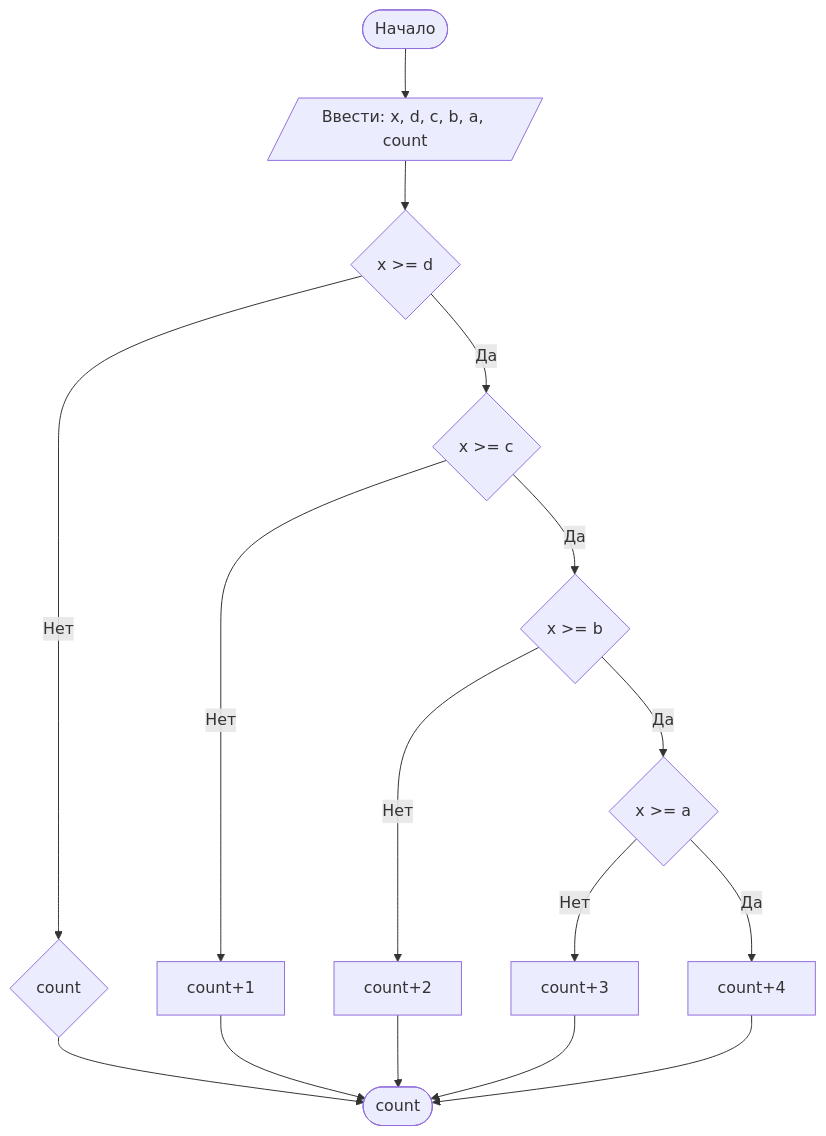
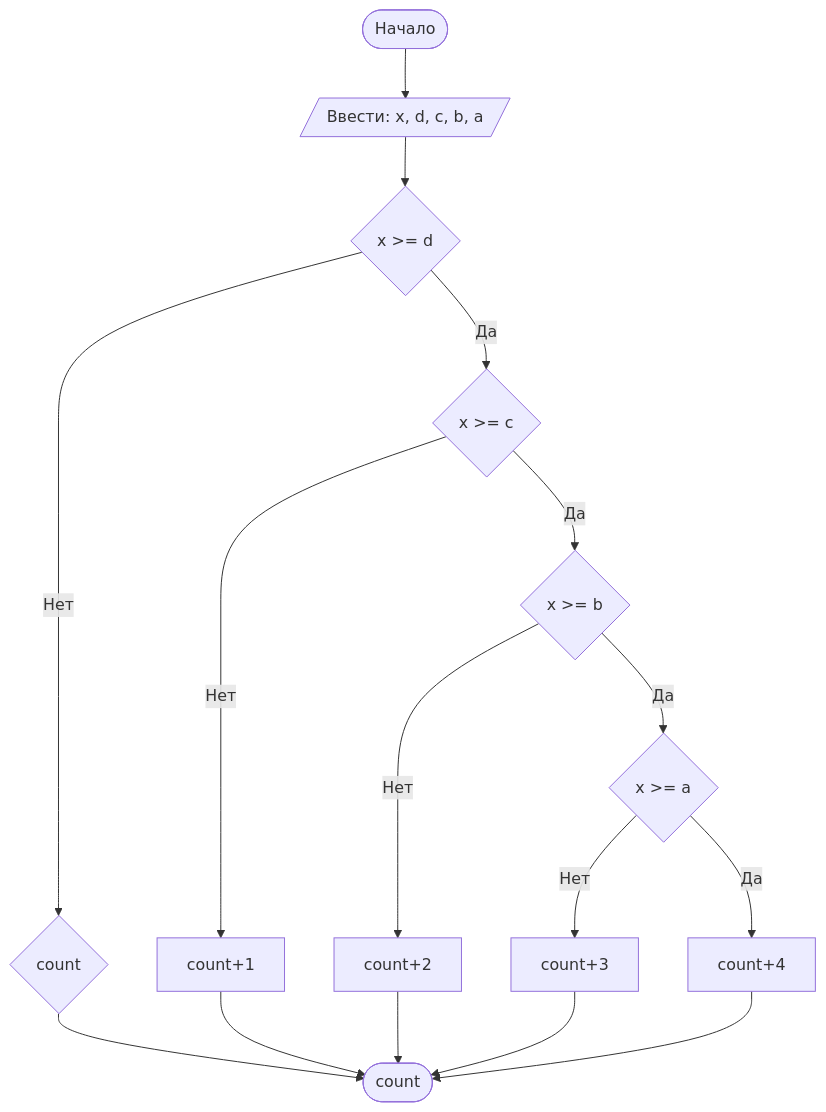
One commit to yantselovskiy5667/Lab1 changed the diagram in README.md. Above: the diagram before and after it, drawn with Mermaid. The commit also changed other lines of this file, not shown here.

````diff
--- a/README.md
+++ b/README.md
@@ -115,21 +113,21 @@
 ```mermaid
 graph TD
-    A([Начало]) --> B[/Ввести: x, d, c, b, a, count /]
+    A([Начало]) --> B[/Ввести: x, d, c, b, a /]
     B --> C{x >= d}
     C -- Нет --> D{count}
     D -->Z([count])
     C -- Да --> I{x >= c}
     I -- Нет --> J[count+1]
     I -- Да --> K{x >= b}
     K -- Нет --> P[count+2]
     K -- Да --> S{x >= a}
     S -- Нет --> T[count+3]
     S -- Да --> F[count+4]
     J --> Z
     P --> Z
     T --> Z
     F --> Z
 
     
 
 ```
````
